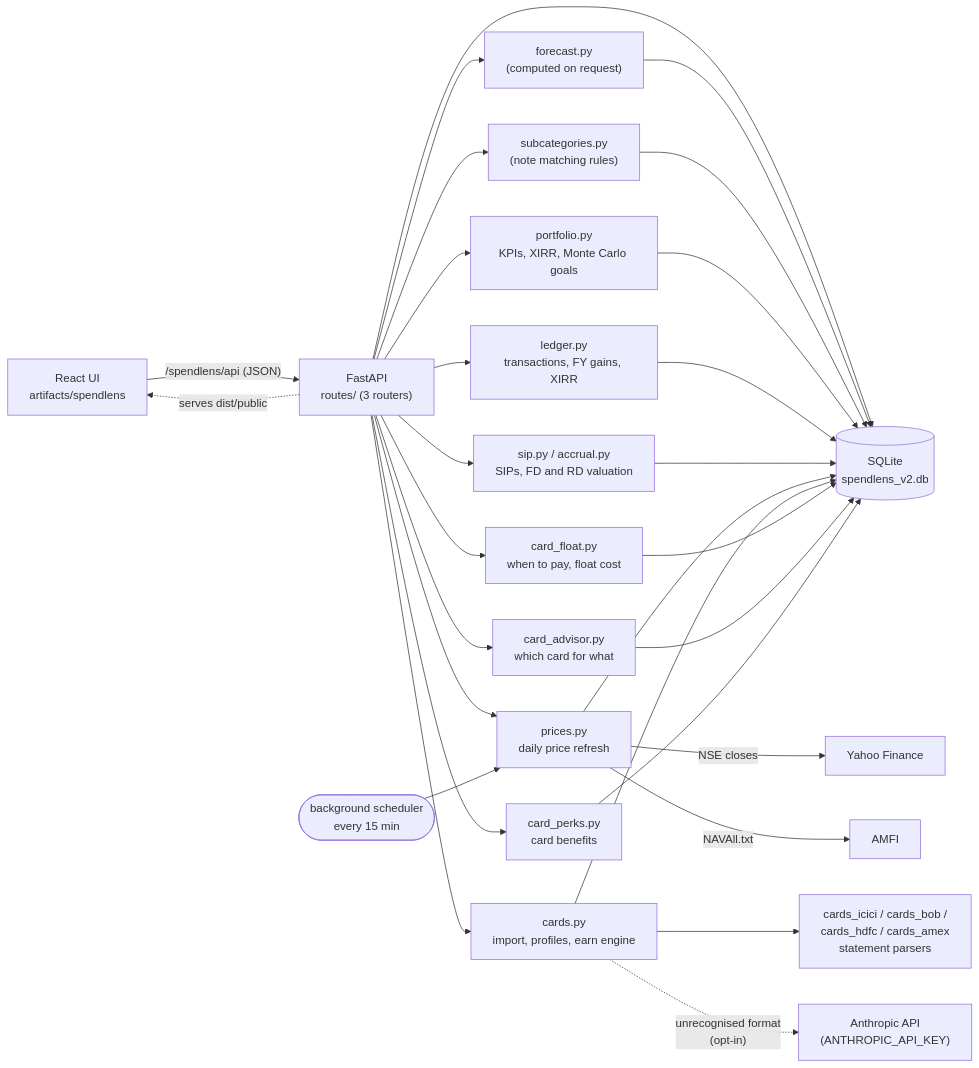
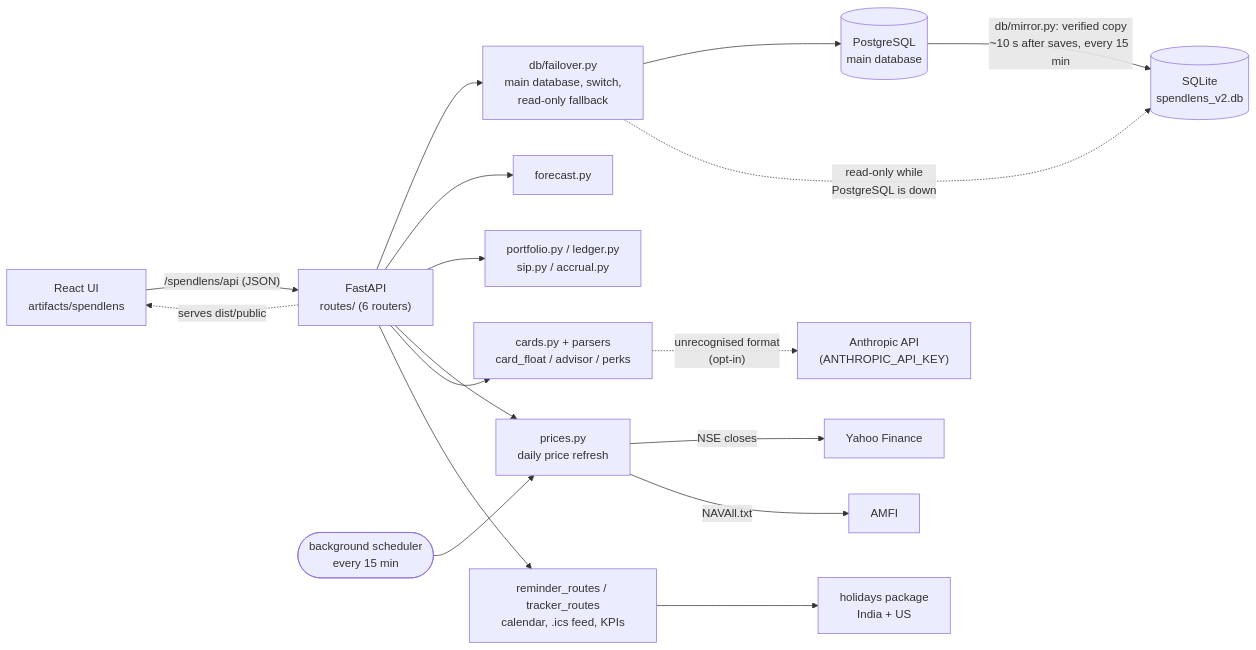
One commit to Saurabh-153/SpendLens changed the first of 2 diagrams in README.md. Above: the diagram before and after it, drawn with Mermaid. The commit also changed other lines of this file and 136 other files, not shown here.

````diff
--- a/README.md
+++ b/README.md
@@ -85,22 +97,19 @@
 ```mermaid
 flowchart LR
-    UI["React UI<br/>artifacts/spendlens"] -- "/spendlens/api (JSON)" --> API["FastAPI<br/>routes/ (3 routers)"]
-    API --> DB[("SQLite<br/>spendlens_v2.db")]
-    API --> F["forecast.py<br/>(computed on request)"]
-    API --> S["subcategories.py<br/>(note matching rules)"]
-    API --> P["portfolio.py<br/>KPIs, XIRR, Monte Carlo goals"]
-    API --> L["ledger.py<br/>transactions, FY gains, XIRR"]
-    API --> SIP["sip.py / accrual.py<br/>SIPs, FD and RD valuation"]
+    UI["React UI<br/>artifacts/spendlens"] -- "/spendlens/api (JSON)" --> API["FastAPI<br/>routes/ (6 routers)"]
+    API --> GUARD["db/failover.py<br/>main database, switch,<br/>read-only fallback"]
+    GUARD --> PG[("PostgreSQL<br/>main database")]
+    GUARD -. "read-only while<br/>PostgreSQL is down" .-> LITE[("SQLite<br/>spendlens_v2.db")]
+    PG -- "db/mirror.py: verified copy<br/>~10 s after saves, every 15 min" --> LITE
+    API --> F["forecast.py"]
+    API --> P["portfolio.py / ledger.py<br/>sip.py / accrual.py"]
     API --> PX["prices.py<br/>daily price refresh"]
-    API --> CARDS["cards.py<br/>import, profiles, earn engine"]
-    CARDS --> PARSERS["cards_icici / cards_bob /<br/>cards_hdfc / cards_amex<br/>statement parsers"]
+    API --> CARDS["cards.py + parsers<br/>card_float / advisor / perks"]
+    API --> REM["reminder_routes / tracker_routes<br/>calendar, .ics feed, KPIs"]
+    REM --> HOL["holidays package<br/>India + US"]
     CARDS -. "unrecognised format<br/>(opt-in)" .-> CLAUDE["Anthropic API<br/>(ANTHROPIC_API_KEY)"]
-    API --> CF["card_float.py<br/>when to pay, float cost"]
-    API --> CADV["card_advisor.py<br/>which card for what"]
-    API --> CPERK["card_perks.py<br/>card benefits"]
     SCH(["background scheduler<br/>every 15 min"]) --> PX
     PX -- "NSE closes" --> Y["Yahoo Finance"]
     PX -- "NAVAll.txt" --> A["AMFI"]
-    F & S & P & L & SIP & PX & CARDS & CF & CADV & CPERK --> DB
     API -. "serves dist/public" .-> UI
 ```
````
